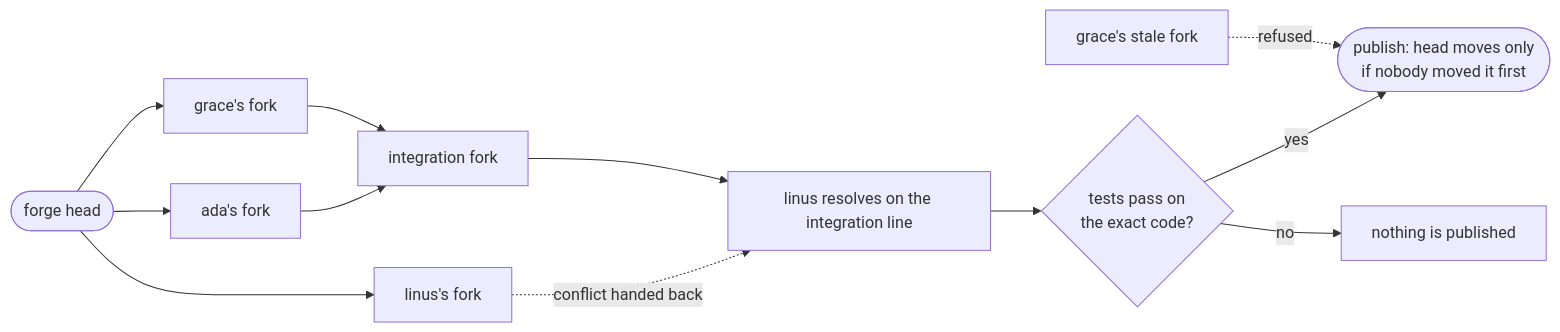
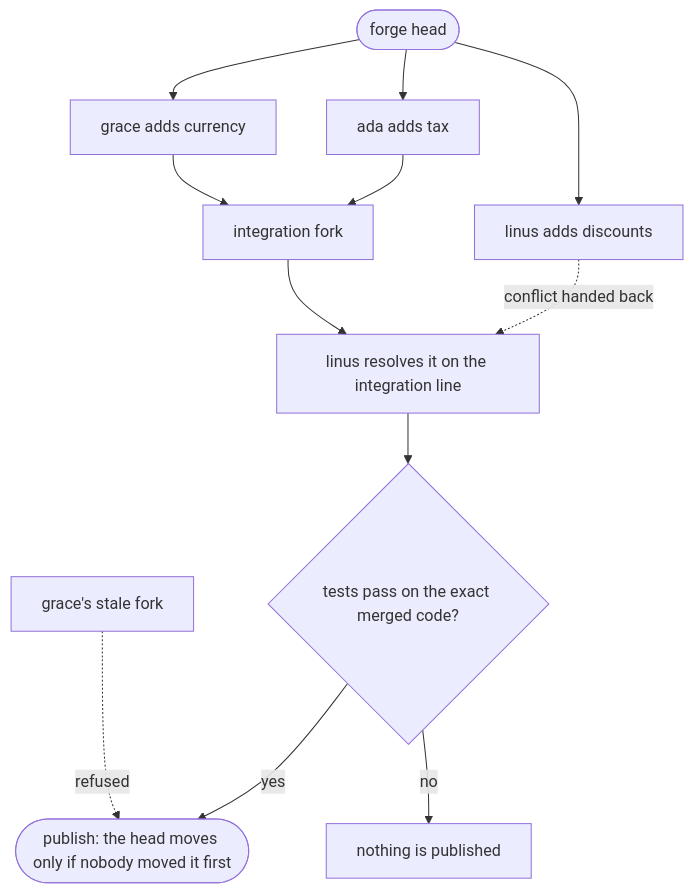
Before and after one commit to douglance/gitfoundry: the diagram in README.md, drawn with Mermaid. The commit also changed other lines of this file and 1 other file, not shown here.

Commit message:
Fit the README's commands, diagram and screenshot

````diff
--- a/README.md
+++ b/README.md
@@ -61,14 +63,11 @@
 ```mermaid
-flowchart LR
-    H([forge head]) --> A[ada's fork]
-    H --> G[grace's fork]
-    H --> L[linus's fork]
-    A --> I[integration fork]
-    G --> I
-    L -. conflict handed back .-> R[linus resolves on the integration line]
+flowchart TD
+    H([forge head]) --> A[ada adds tax] & G[grace adds currency] & L[linus adds discounts]
+    A & G --> I[integration fork]
+    L -. conflict handed back .-> R[linus resolves it on the integration line]
     I --> R
-    R --> T{tests pass on<br>the exact code?}
-    T -- yes --> P([publish: head moves only<br>if nobody moved it first])
+    R --> T{tests pass on the exact merged code?}
+    T -- yes --> P([publish: the head moves only if nobody moved it first])
     T -- no --> N[nothing is published]
     S[grace's stale fork] -. refused .-> P
 ```
````
